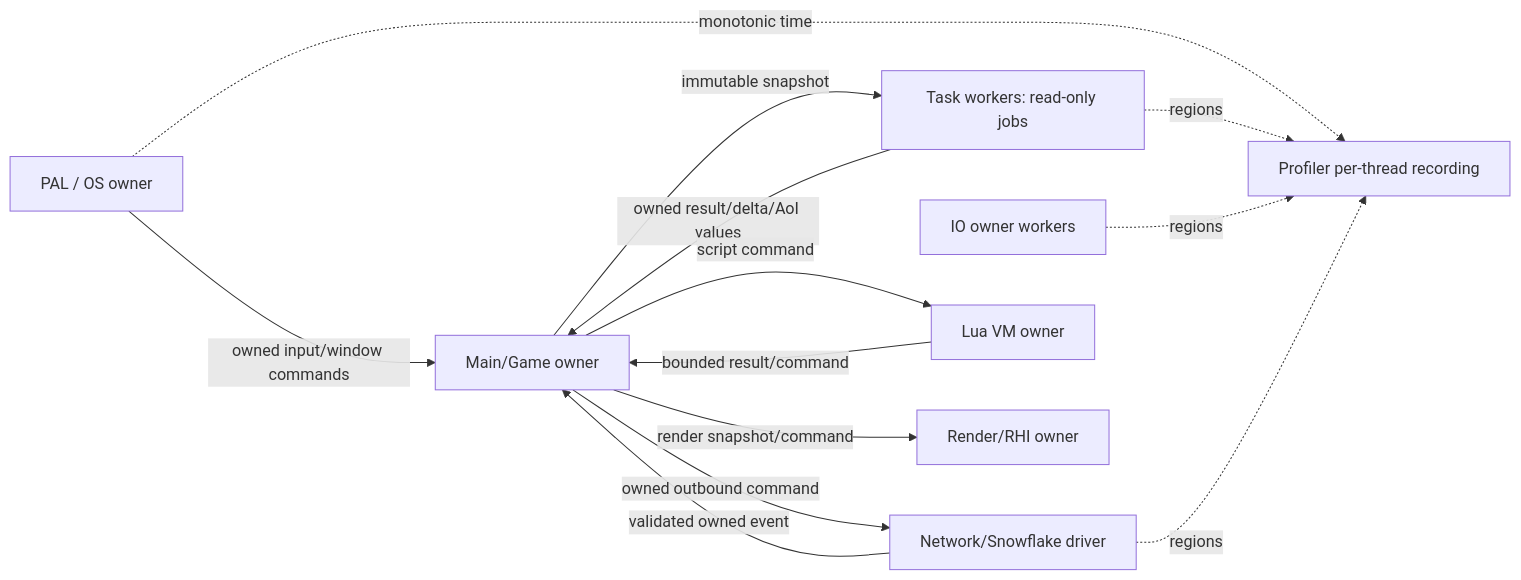
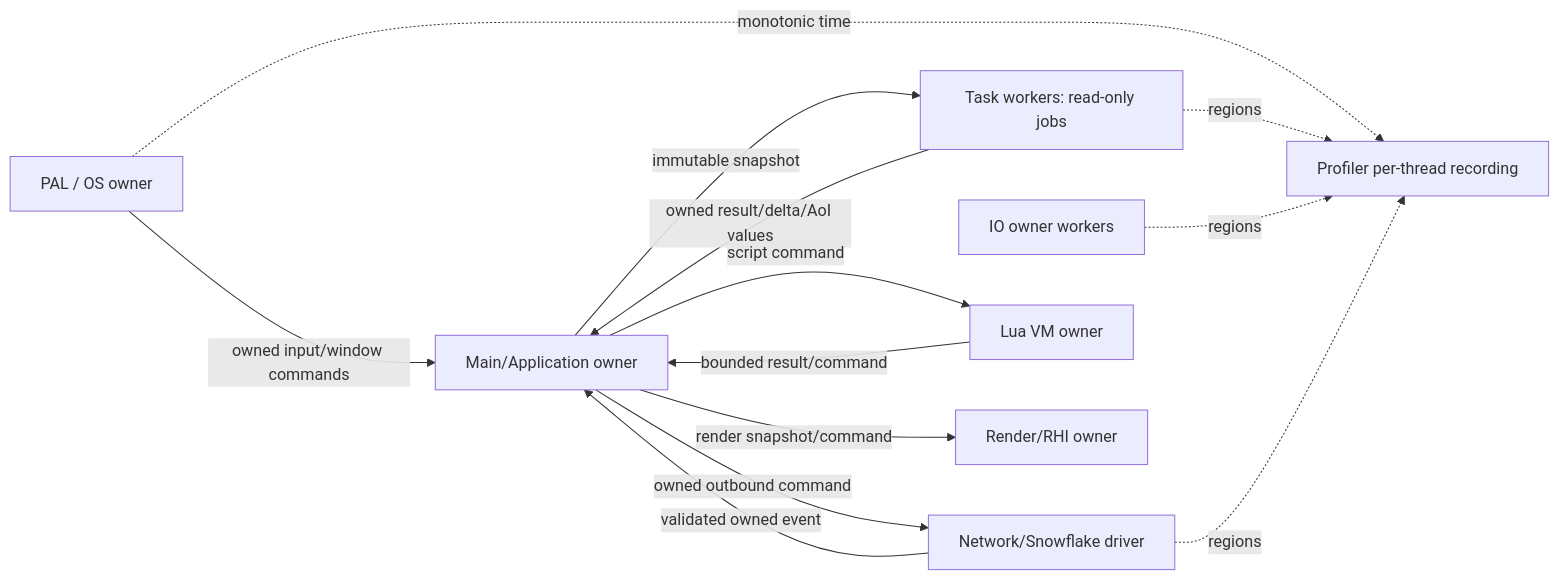
The diagram in docs/design/runtime_thread_model.md (konyka/break), drawn with Mermaid before and after one commit. The commit also changed other lines of this file and 95 other files, not shown here.

````diff
--- a/docs/design/runtime_thread_model.md
+++ b/docs/design/runtime_thread_model.md
@@ -82,24 +82,24 @@
 ```mermaid
 flowchart LR
     PAL[PAL / OS owner]
-    MAIN[Main/Game owner]
+    MAIN[Main/Application owner]
     TASK[Task workers: read-only jobs]
     IO[IO owner workers]
     NET[Network/Snowflake driver]
     SCRIPT[Lua VM owner]
     RENDER[Render/RHI owner]
     PROF[Profiler per-thread recording]
 
     PAL -->|owned input/window commands| MAIN
     MAIN -->|immutable snapshot| TASK
     TASK -->|owned result/delta/AoI values| MAIN
     MAIN -->|owned outbound command| NET
     NET -->|validated owned event| MAIN
     MAIN -->|script command| SCRIPT
     SCRIPT -->|bounded result/command| MAIN
     MAIN -->|render snapshot/command| RENDER
     PAL -. monotonic time .-> PROF
     TASK -. regions .-> PROF
     IO -. regions .-> PROF
     NET -. regions .-> PROF
 ```
````
